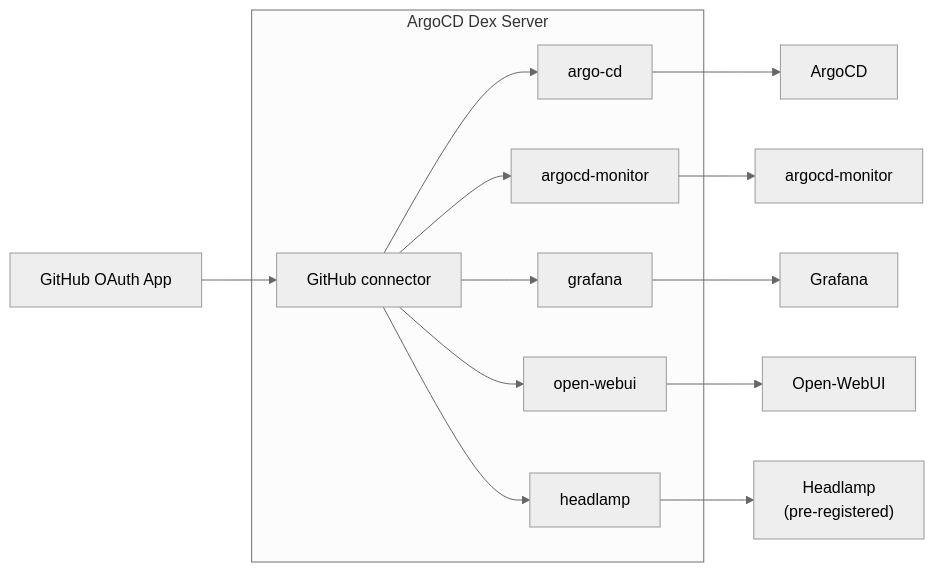
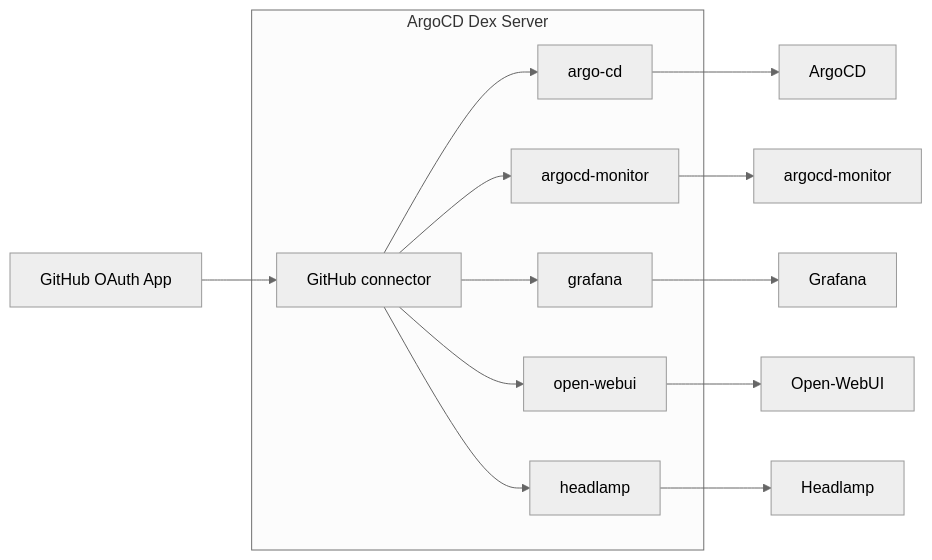
One commit to gilesknap/tpi-k3s-ansible changed the second of 6 diagrams in docs/explanations/authentication.md. Above: the diagram before and after it, drawn with Mermaid (neutral theme). The commit also changed other lines of this file and 11 other files, not shown here.

````diff
--- a/docs/explanations/authentication.md
+++ b/docs/explanations/authentication.md
@@ -68,21 +70,21 @@
 ```{mermaid}
 flowchart LR
     GH[GitHub OAuth App]
 
     subgraph Dex["ArgoCD Dex Server"]
         CON[GitHub connector]
         CON --> C1[argo-cd]
         CON --> C2[argocd-monitor]
         CON --> C3[grafana]
         CON --> C4[open-webui]
         CON --> C5[headlamp]
     end
 
     GH --> CON
 
     C1 --> ArgoCD
     C2 --> argocd-monitor
     C3 --> Grafana
     C4 --> Open-WebUI
-    C5 --> Headlamp-future["Headlamp<br/>(pre-registered)"]
+    C5 --> Headlamp
 ```
````
